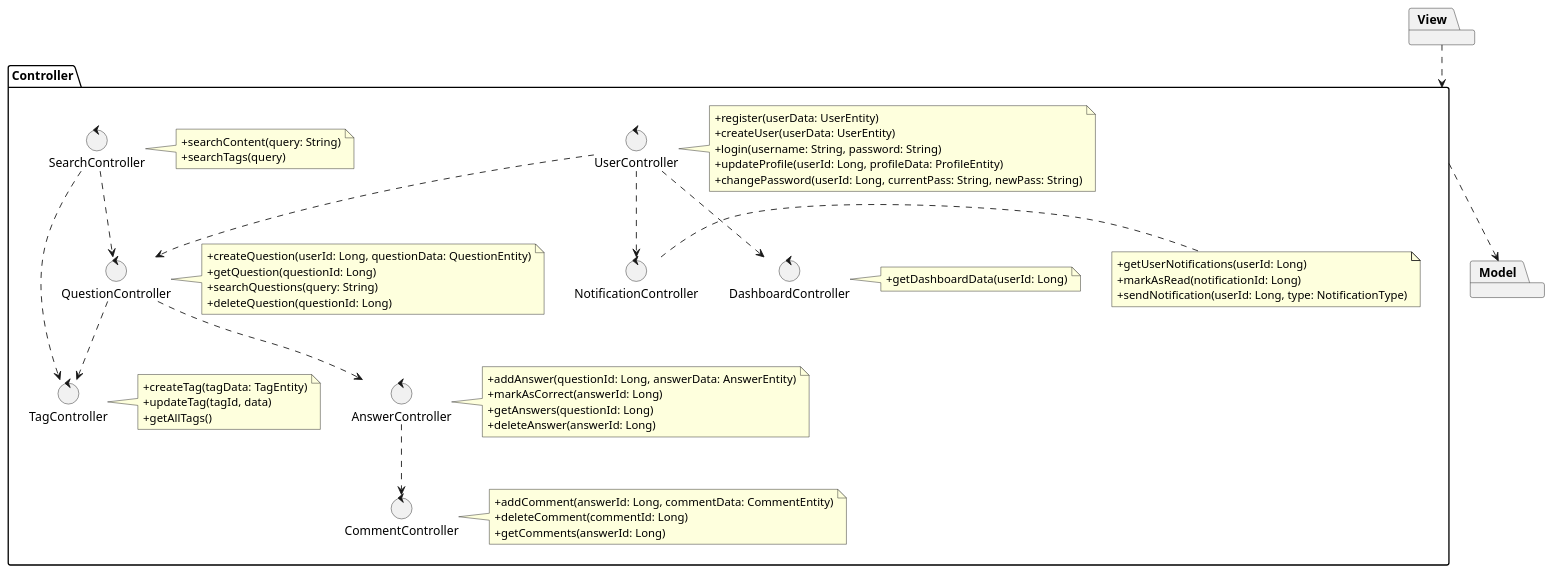
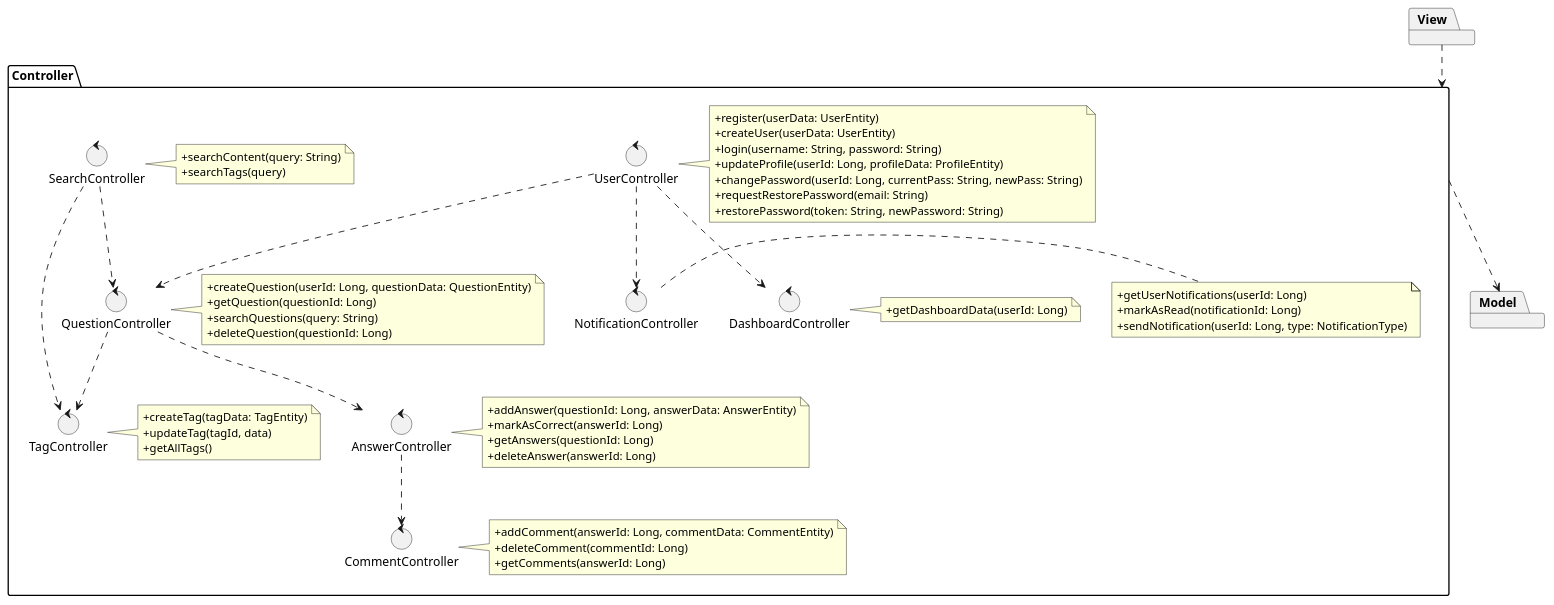
One commit to rafaelacirino/miw-backend-foro changed the diagram in src/main/resources/templates/logic/packageController.puml. Above: the diagram before and after it, drawn with PlantUML. The commit also changed 8 other files, not shown here.

Commit message:
added use case analysis diagrams

```diff
--- a/src/main/resources/templates/logic/packageController.puml
+++ b/src/main/resources/templates/logic/packageController.puml
@@ -1,82 +1,84 @@
 @startuml
 
 package Model {
 }
 
 package View {
 }
 
 View ..> Controller
 Controller ..> Model
 
 package Controller {
     control UserController
     note right of UserController
         +register(userData: UserEntity)
         +createUser(userData: UserEntity)
         +login(username: String, password: String)
         +updateProfile(userId: Long, profileData: ProfileEntity)
         +changePassword(userId: Long, currentPass: String, newPass: String)
+        +requestRestorePassword(email: String)
+        +restorePassword(token: String, newPassword: String)
     end note
 
     control QuestionController
     note right of QuestionController
         +createQuestion(userId: Long, questionData: QuestionEntity)
         +getQuestion(questionId: Long)
         +searchQuestions(query: String)
         +deleteQuestion(questionId: Long)
     end note
 
     control AnswerController
     note right of AnswerController
         +addAnswer(questionId: Long, answerData: AnswerEntity)
         +markAsCorrect(answerId: Long)
         +getAnswers(questionId: Long)
         +deleteAnswer(answerId: Long)
     end note
 
     control CommentController
     note right of CommentController
         +addComment(answerId: Long, commentData: CommentEntity)
         +deleteComment(commentId: Long)
         +getComments(answerId: Long)
     end note
 
     control NotificationController
     note right of NotificationController
         +getUserNotifications(userId: Long)
         +markAsRead(notificationId: Long)
         +sendNotification(userId: Long, type: NotificationType)
     end note
 
     control TagController
     note right of TagController
         +createTag(tagData: TagEntity)
         +updateTag(tagId, data)
         +getAllTags()
     end note
 
     control DashboardController
     note right of DashboardController
         +getDashboardData(userId: Long)
     end note
 
     control SearchController
     note right of SearchController
         +searchContent(query: String)
         +searchTags(query)
     end note
 
 
     UserController ..> QuestionController
     QuestionController ..> AnswerController
     AnswerController ..> CommentController
     UserController ..> NotificationController
     QuestionController ..> TagController
     UserController ..> DashboardController
     SearchController ..> QuestionController
     SearchController ..> TagController
 }
 
 
 @enduml
```
